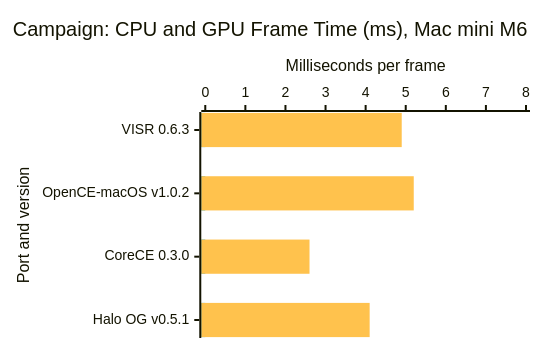
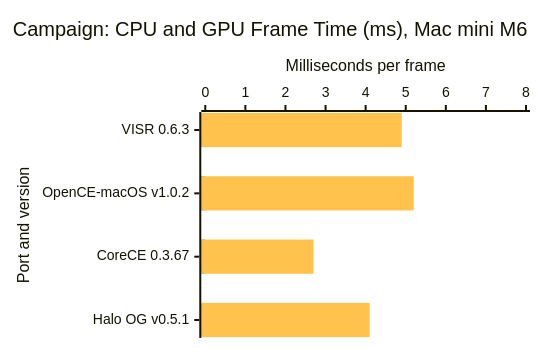
Before and after one commit to VISR-CE/visr: the first of 8 diagrams in docs/benchmarks.md, drawn with Mermaid. The commit also changed other lines of this file and 3 other files, not shown here.

````diff
--- a/docs/benchmarks.md
+++ b/docs/benchmarks.md
@@ -19,17 +19,17 @@
 ```mermaid
 ---
 config:
   xyChart:
     width: 520
     height: 328
   themeVariables:
     xyChart:
       plotColorPalette: "#1fa9d4, #ffc24d"
 ---
 xychart-beta horizontal
     title "Campaign: CPU and GPU Frame Time (ms), Mac mini M6"
-    x-axis "Port and version" ["VISR 0.6.3", "OpenCE-macOS v1.0.2", "CoreCE 0.3.0", "Halo OG v0.5.1"]
+    x-axis "Port and version" ["VISR 0.6.3", "OpenCE-macOS v1.0.2", "CoreCE 0.3.67", "Halo OG v0.5.1"]
     y-axis "Milliseconds per frame" 0 --> 8
     bar [0, 0, 0, 0]
-    bar [4.9, 5.2, 2.6, 4.1]
+    bar [4.9, 5.2, 2.7, 4.1]
 ```
````
